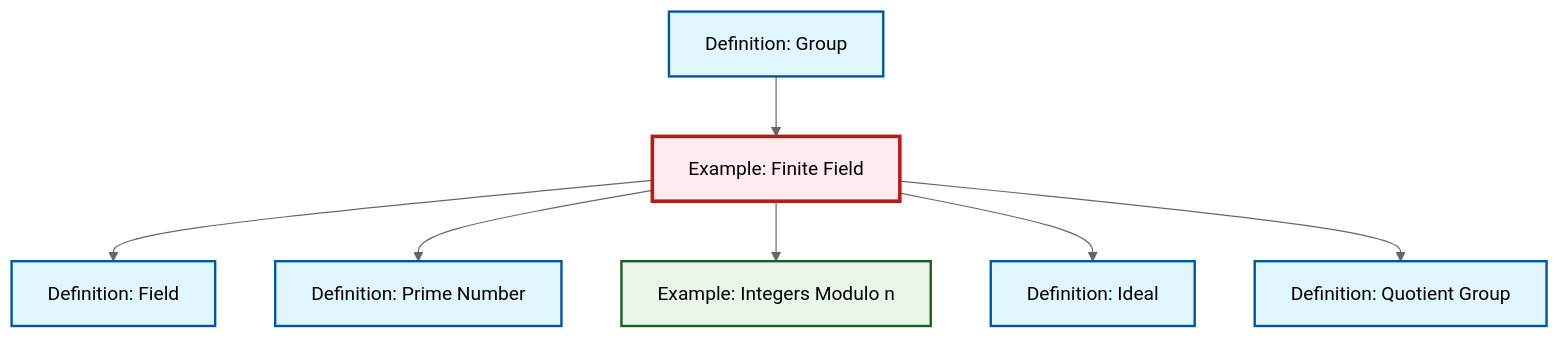
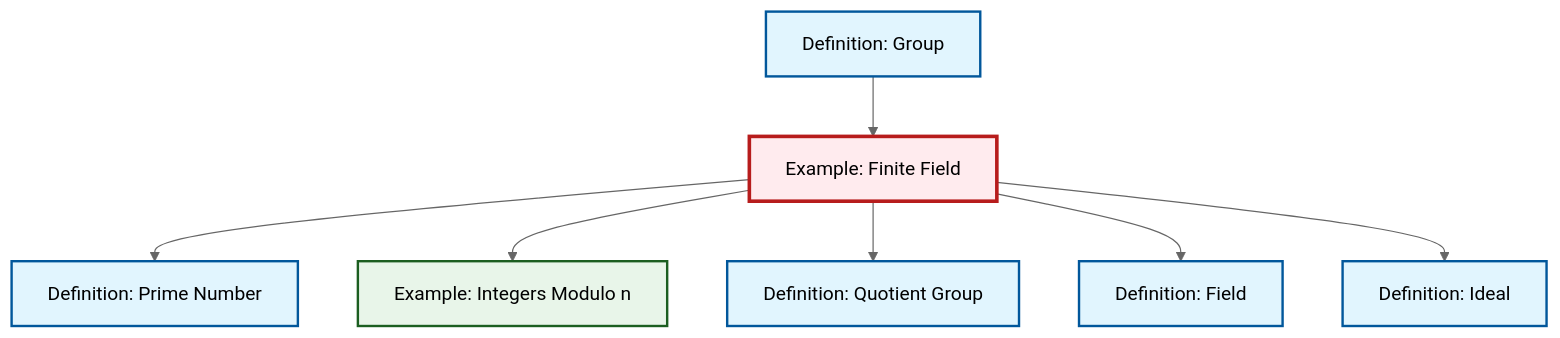
Before and after one commit to RK0429/ModernMath: the diagram in content/ja/algebra/ex-finite-field.qmd, drawn with Mermaid (neutral theme). The commit also changed other lines of this file and 531 other files, not shown here.

````diff
--- a/content/ja/algebra/ex-finite-field.qmd
+++ b/content/ja/algebra/ex-finite-field.qmd
@@ -66,29 +66,29 @@
 ```{mermaid}
 %%| fig-cap: "Local dependency graph"
 graph TD
     classDef definition fill:#e1f5fe,stroke:#01579b,stroke-width:2px
     classDef theorem fill:#f3e5f5,stroke:#4a148c,stroke-width:2px
     classDef axiom fill:#fff3e0,stroke:#e65100,stroke-width:2px
     classDef example fill:#e8f5e9,stroke:#1b5e20,stroke-width:2px
     classDef current fill:#ffebee,stroke:#b71c1c,stroke-width:3px
+    ex-finite-field["Example: Finite Field"]:::example
+    def-ideal["Definition: Ideal"]:::definition
+    def-quotient-group["Definition: Quotient Group"]:::definition
+    def-field["Definition: Field"]:::definition
+    def-group["Definition: Group"]:::definition
+    ex-quotient-integers-mod-n["Example: Integers Modulo n"]:::example
     def-prime["Definition: Prime Number"]:::definition
-    def-field["Definition: Field"]:::definition
-    def-ideal["Definition: Ideal"]:::definition
-    ex-quotient-integers-mod-n["Example: Integers Modulo n"]:::example
-    def-quotient-group["Definition: Quotient Group"]:::definition
-    def-group["Definition: Group"]:::definition
-    ex-finite-field["Example: Finite Field"]:::example
-    ex-finite-field --> def-field
     ex-finite-field --> def-prime
     ex-finite-field --> ex-quotient-integers-mod-n
     def-group --> ex-finite-field
+    ex-finite-field --> def-quotient-group
+    ex-finite-field --> def-field
     ex-finite-field --> def-ideal
-    ex-finite-field --> def-quotient-group
     class ex-finite-field current
+    click def-ideal "def-ideal.html" "Definition: Idealへ"
+    click def-quotient-group "def-quotient-group.html" "Definition: Quotient Groupへ"
+    click def-field "def-field.html" "Definition: Fieldへ"
+    click def-group "def-group.html" "Definition: Groupへ"
+    click ex-quotient-integers-mod-n "ex-quotient-integers-mod-n.html" "Example: Integers Modulo nへ"
     click def-prime "def-prime.html" "Definition: Prime Numberへ"
-    click def-field "def-field.html" "Definition: Fieldへ"
-    click def-ideal "def-ideal.html" "Definition: Idealへ"
-    click ex-quotient-integers-mod-n "ex-quotient-integers-mod-n.html" "Example: Integers Modulo nへ"
-    click def-quotient-group "def-quotient-group.html" "Definition: Quotient Groupへ"
-    click def-group "def-group.html" "Definition: Groupへ"
 ```
````
